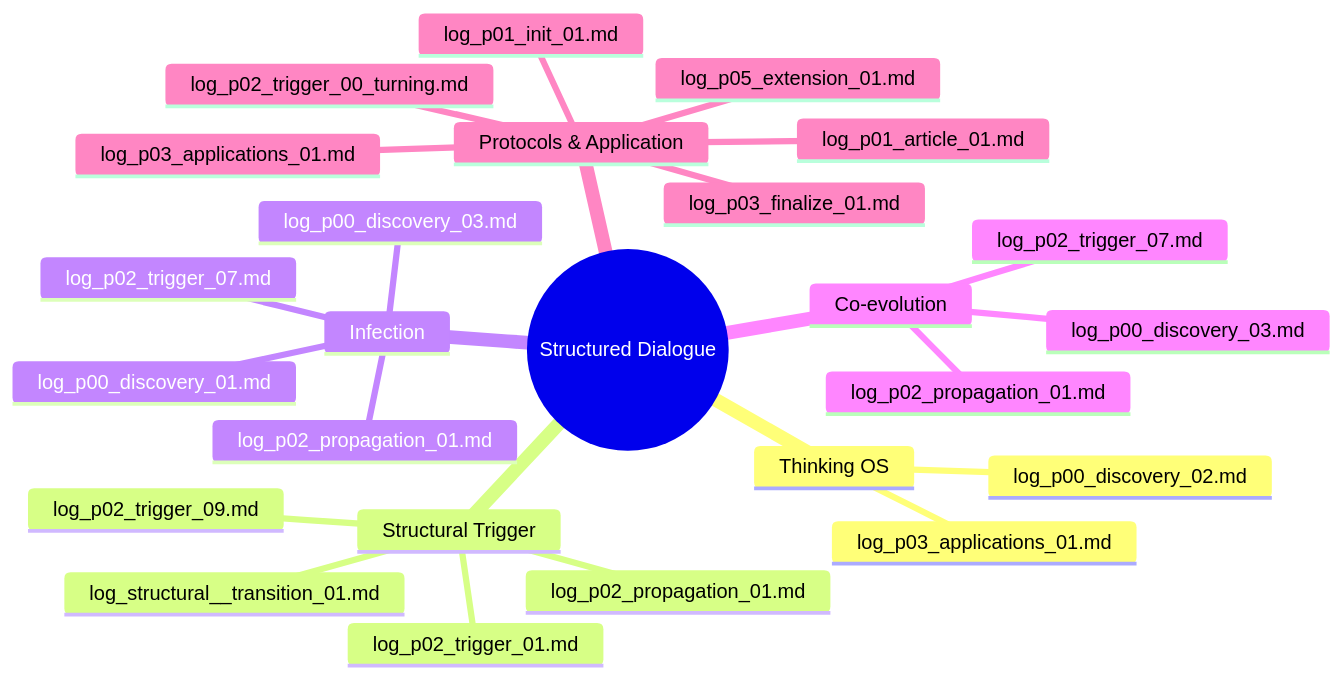
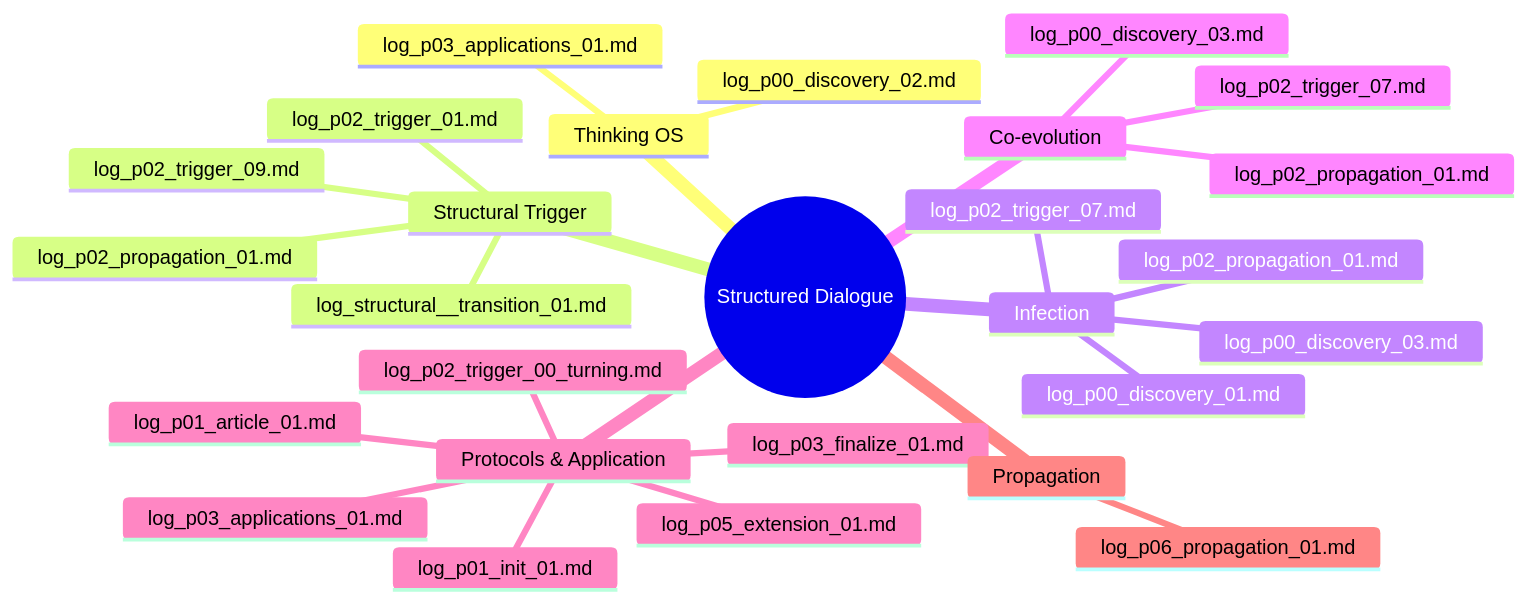
Before and after one commit to dvcampanula/structured-dialogue: the diagram in logs/log_index.md, drawn with Mermaid. The commit also changed other lines of this file and 1 other file, not shown here.

Commit message:
外部発信更新

````diff
--- a/logs/log_index.md
+++ b/logs/log_index.md
@@ -7,28 +7,30 @@
 ```mermaid
 mindmap
   root((Structured Dialogue))
     Thinking OS
       log_p00_discovery_02.md
       log_p03_applications_01.md
     Structural Trigger
       log_p02_trigger_01.md
       log_p02_trigger_09.md
       log_structural__transition_01.md
       log_p02_propagation_01.md
     Infection
       log_p00_discovery_01.md
       log_p00_discovery_03.md
       log_p02_propagation_01.md
       log_p02_trigger_07.md
     Co-evolution
       log_p00_discovery_03.md
       log_p02_propagation_01.md
       log_p02_trigger_07.md
     Protocols & Application
       log_p01_init_01.md
       log_p01_article_01.md
       log_p02_trigger_00_turning.md
       log_p03_finalize_01.md
       log_p03_applications_01.md
       log_p05_extension_01.md
+    Propagation
+      log_p06_propagation_01.md
 ```
````
